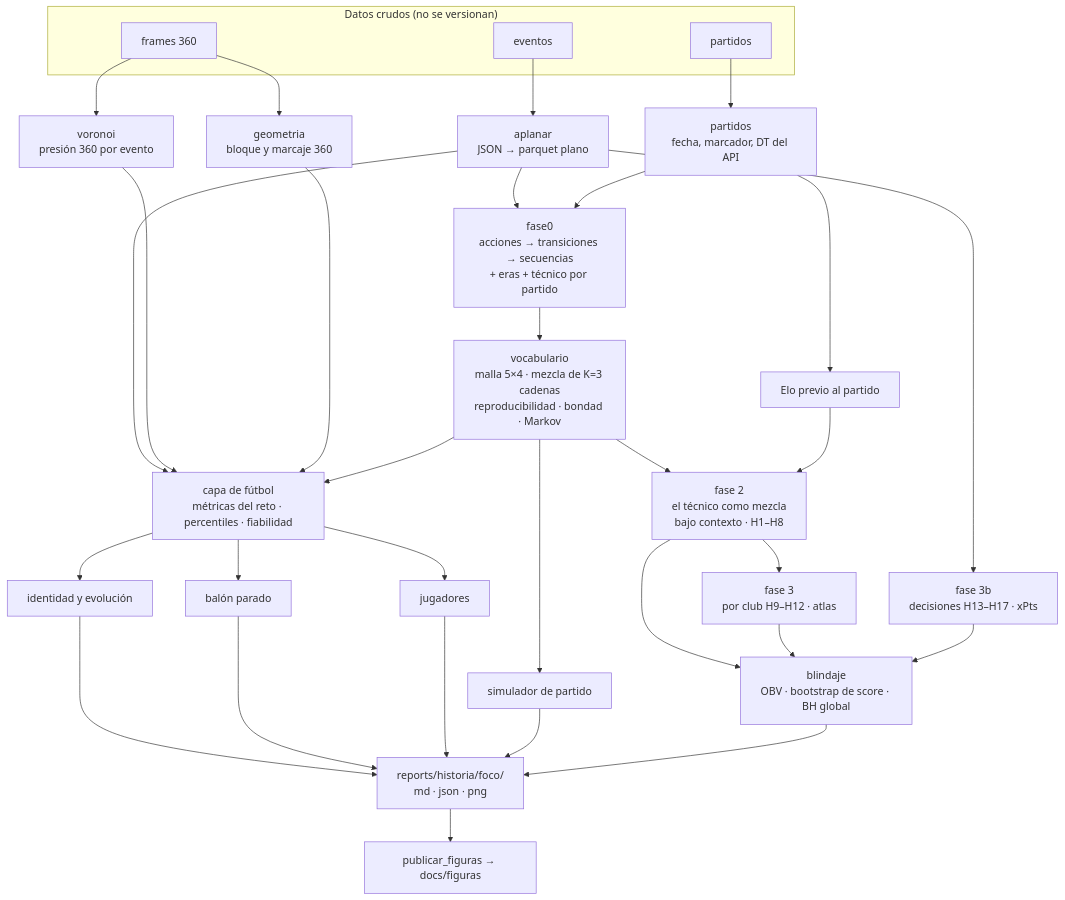
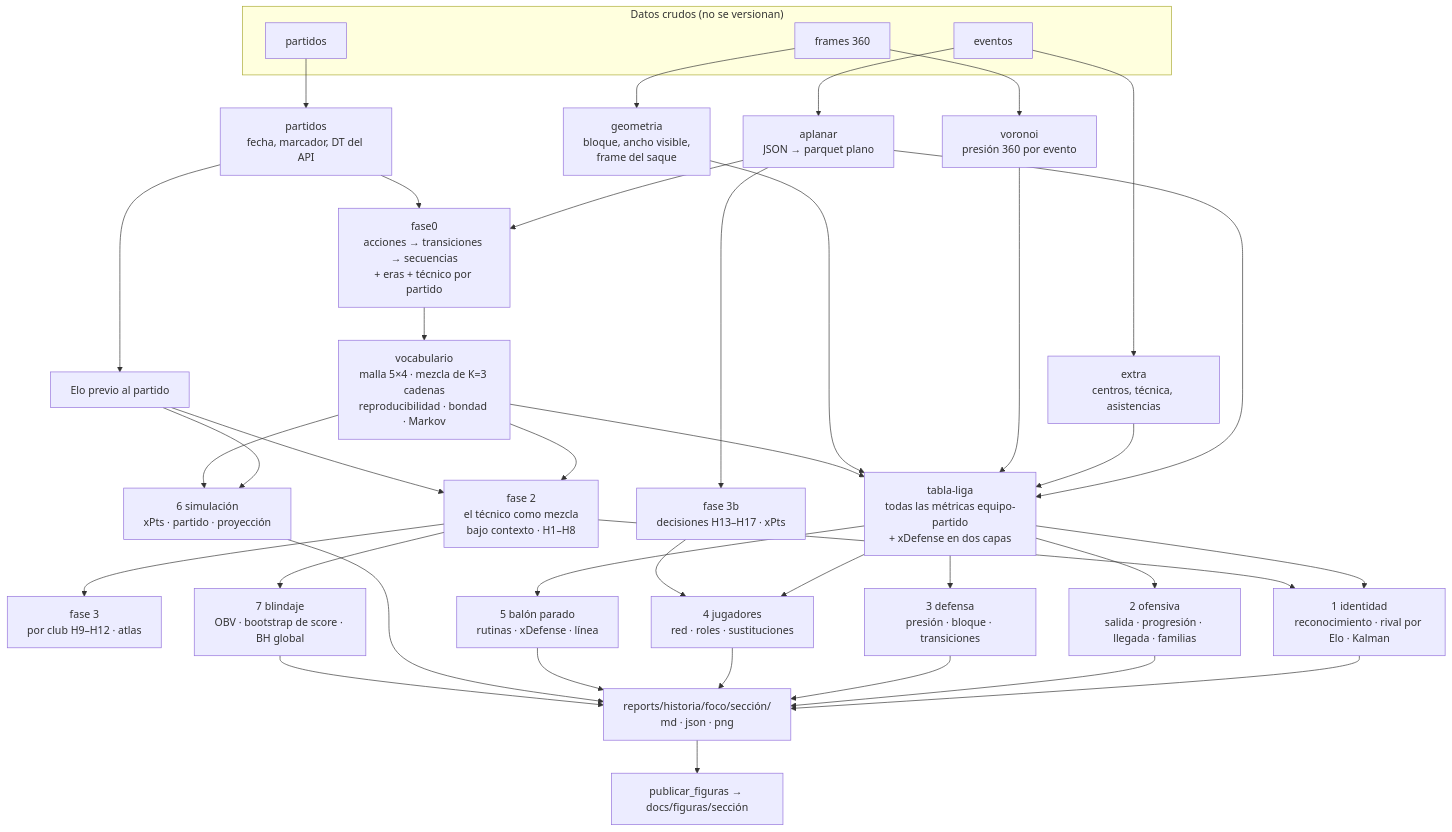
Before and after one commit to romoruz/Historia-de-un-entrenador: the diagram in docs/01_ARQUITECTURA.md, drawn with Mermaid. The commit also changed other lines of this file and 137 other files, not shown here.

````diff
--- a/docs/01_ARQUITECTURA.md
+++ b/docs/01_ARQUITECTURA.md
@@ -23,30 +23,35 @@
 ```mermaid
 flowchart TD
     subgraph DATOS["Datos crudos (no se versionan)"]
       E[eventos] ; M[partidos] ; F[frames 360]
     end
     E --> A[aplanar<br/>JSON → parquet plano]
     M --> P[partidos<br/>fecha, marcador, DT del API]
     A --> F0[fase0<br/>acciones → transiciones → secuencias<br/>+ eras + técnico por partido]
     P --> F0
     F0 --> V[vocabulario<br/>malla 5×4 · mezcla de K=3 cadenas<br/>reproducibilidad · bondad · Markov]
     V --> F2[fase 2<br/>el técnico como mezcla<br/>bajo contexto · H1–H8]
     P --> ELO[Elo previo al partido] --> F2
     F2 --> F3[fase 3<br/>por club H9–H12 · atlas]
     A --> DEC[fase 3b<br/>decisiones H13–H17 · xPts]
+    E --> EX[extra<br/>centros, técnica, asistencias]
     F --> VOR[voronoi<br/>presión 360 por evento]
-    F --> GEO[geometria<br/>bloque y marcaje 360]
-    A --> FUT[capa de fútbol<br/>métricas del reto · percentiles · fiabilidad]
-    VOR --> FUT
-    GEO --> FUT
-    V --> FUT
-    FUT --> ID[identidad y evolución]
-    FUT --> BP[balón parado]
-    FUT --> JUG[jugadores]
-    V --> SIM[simulador de partido]
-    F2 --> BL[blindaje<br/>OBV · bootstrap de score · BH global]
-    F3 --> BL
-    DEC --> BL
-    ID & BP & JUG & SIM & BL --> R[reports/historia/foco/<br/>md · json · png]
-    R --> PUB[publicar_figuras → docs/figuras]
+    F --> GEO[geometria<br/>bloque, ancho visible,<br/>frame del saque]
+    A --> TAB[tabla-liga<br/>todas las métricas equipo-partido<br/>+ xDefense en dos capas]
+    EX --> TAB
+    VOR --> TAB
+    GEO --> TAB
+    V --> TAB
+    TAB --> S1[1 identidad<br/>reconocimiento · rival por Elo · Kalman]
+    F2 --> S1
+    TAB --> S2[2 ofensiva<br/>salida · progresión · llegada · familias]
+    TAB --> S3[3 defensa<br/>presión · bloque · transiciones]
+    TAB --> S4[4 jugadores<br/>red · roles · sustituciones]
+    DEC --> S4
+    TAB --> S5[5 balón parado<br/>rutinas · xDefense · línea]
+    ELO --> S6[6 simulación<br/>xPts · partido · proyección]
+    V --> S6
+    F2 --> BL[7 blindaje<br/>OBV · bootstrap de score · BH global]
+    S1 & S2 & S3 & S4 & S5 & S6 & BL --> R[reports/historia/foco/sección/<br/>md · json · png]
+    R --> PUB[publicar_figuras → docs/figuras/sección]
 ```
````
